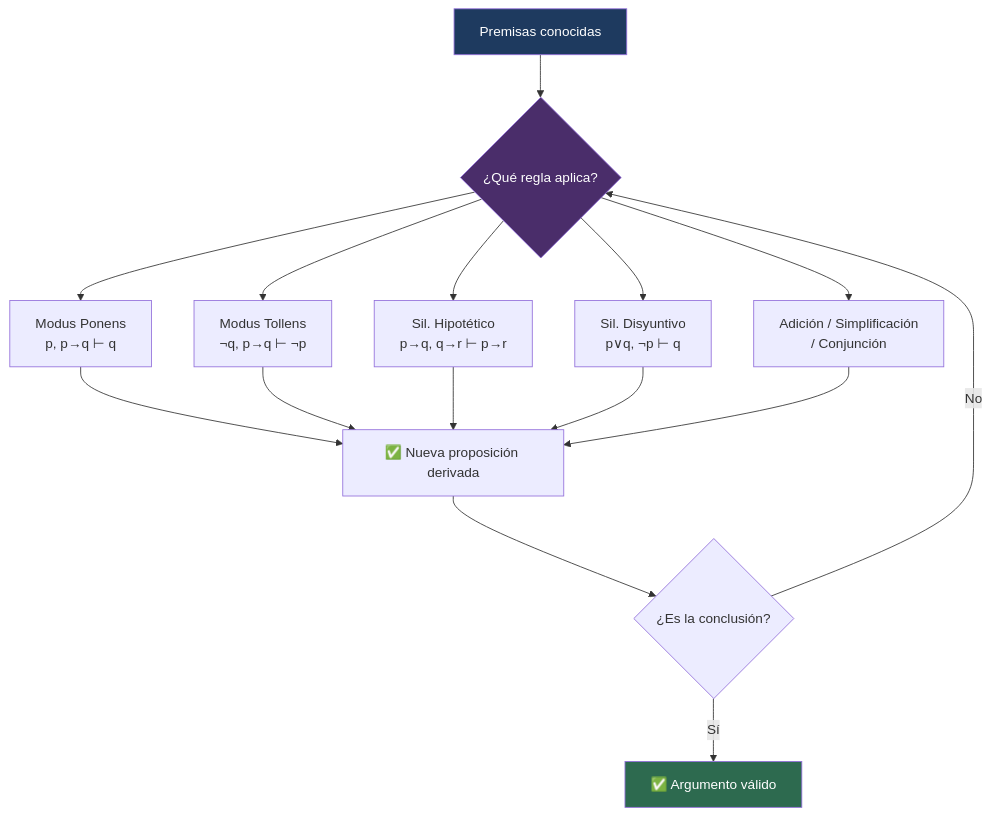
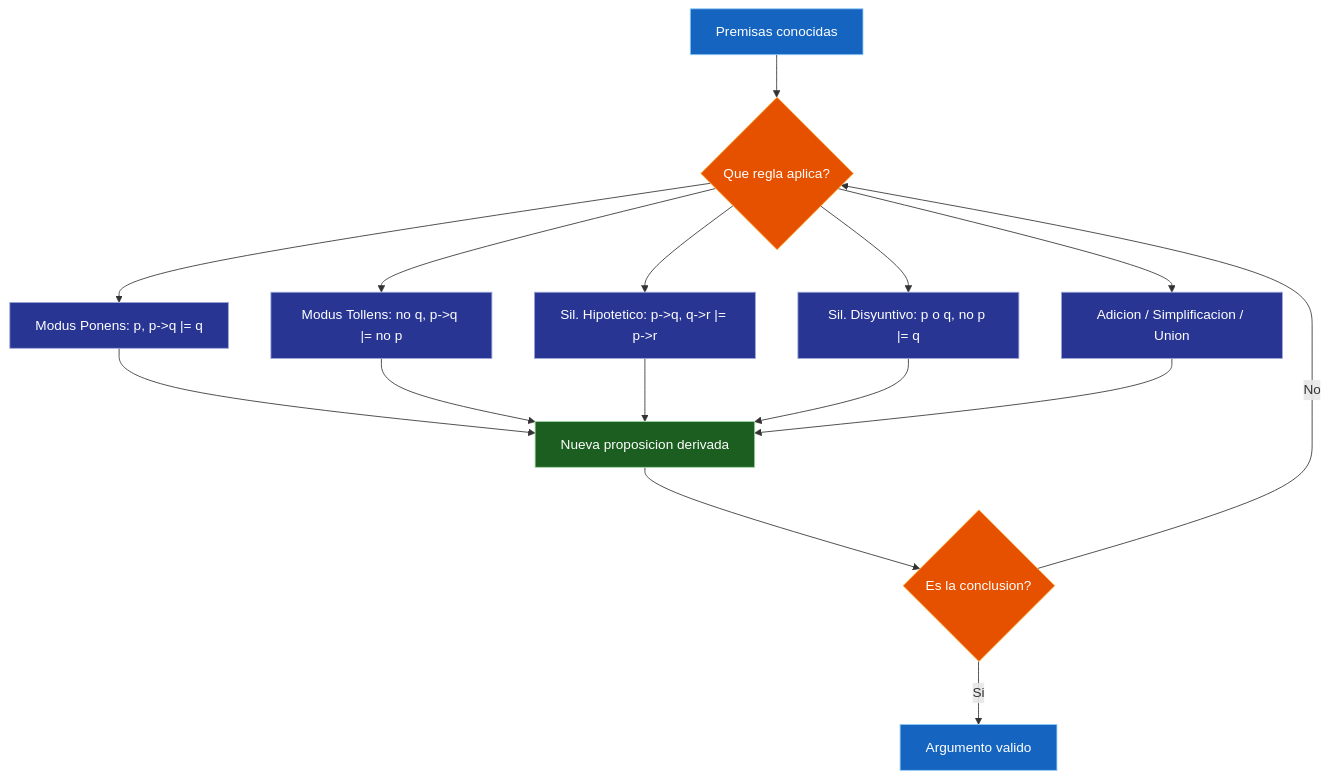
One commit to Fsteven22/Notas-ESPOL changed the diagram in src/site/notes/Universidad/3er Semestre/Matemáticas Discretas/Unidad 1 - Logica y Conjuntos/III - Razonamiento Inductivo/01 - Reglas de Inferencia.md. Above: the diagram before and after it, drawn with Mermaid. The commit also changed other lines of this file and 79 other files, not shown here.

````diff
--- a/src/site/notes/Universidad/3er Semestre/Matemáticas Discretas/Unidad 1 - Logica y Conjuntos/III - Razonamiento Inductivo/01 - Reglas de Inferencia.md
+++ b/src/site/notes/Universidad/3er Semestre/Matemáticas Discretas/Unidad 1 - Logica y Conjuntos/III - Razonamiento Inductivo/01 - Reglas de Inferencia.md
@@ -215,24 +215,27 @@
 ```mermaid
 graph TD
-    A[Premisas conocidas] --> B{¿Qué regla aplica?}
-
-    B --> C[Modus Ponens<br/>p, p→q ⊢ q]
-    B --> D[Modus Tollens<br/>¬q, p→q ⊢ ¬p]
-    B --> E[Sil. Hipotético<br/>p→q, q→r ⊢ p→r]
-    B --> F[Sil. Disyuntivo<br/>p∨q, ¬p ⊢ q]
-    B --> G[Adición / Simplificación<br/>/ Conjunción]
-
-    C --> H[✅ Nueva proposición derivada]
+    A[Premisas conocidas] --> B{Que regla aplica?}
+    B --> C["Modus Ponens: p, p->q |= q"]
+    B --> D["Modus Tollens: no q, p->q |= no p"]
+    B --> E["Sil. Hipotetico: p->q, q->r |= p->r"]
+    B --> F["Sil. Disyuntivo: p o q, no p |= q"]
+    B --> G["Adicion / Simplificacion / Union"]
+    C --> H[Nueva proposicion derivada]
     D --> H
     E --> H
     F --> H
     G --> H
-
-    H --> I{¿Es la conclusión?}
-    I -- Sí --> J[✅ Argumento válido]
-    I -- No --> B
-
-    style A fill:#1e3a5f,color:#fff
-    style B fill:#4a2d6a,color:#fff
-    style J fill:#2d6a4f,color:#fff
+    H --> I{Es la conclusion?}
+    I -->|Si| J[Argumento valido]
+    I -->|No| B
+    style A fill:#1565C0,color:#FFFFFF,stroke:#90CAF9,stroke-width:1px
+    style B fill:#E65100,color:#FFFFFF,stroke:#FFB74D,stroke-width:1px
+    style C fill:#283593,color:#FFFFFF,stroke:#9FA8DA,stroke-width:1px
+    style D fill:#283593,color:#FFFFFF,stroke:#9FA8DA,stroke-width:1px
+    style E fill:#283593,color:#FFFFFF,stroke:#9FA8DA,stroke-width:1px
+    style F fill:#283593,color:#FFFFFF,stroke:#9FA8DA,stroke-width:1px
+    style G fill:#283593,color:#FFFFFF,stroke:#9FA8DA,stroke-width:1px
+    style H fill:#1B5E20,color:#FFFFFF,stroke:#A5D6A7,stroke-width:1px
+    style I fill:#E65100,color:#FFFFFF,stroke:#FFB74D,stroke-width:1px
+    style J fill:#1565C0,color:#FFFFFF,stroke:#90CAF9,stroke-width:1px
 ```
````
